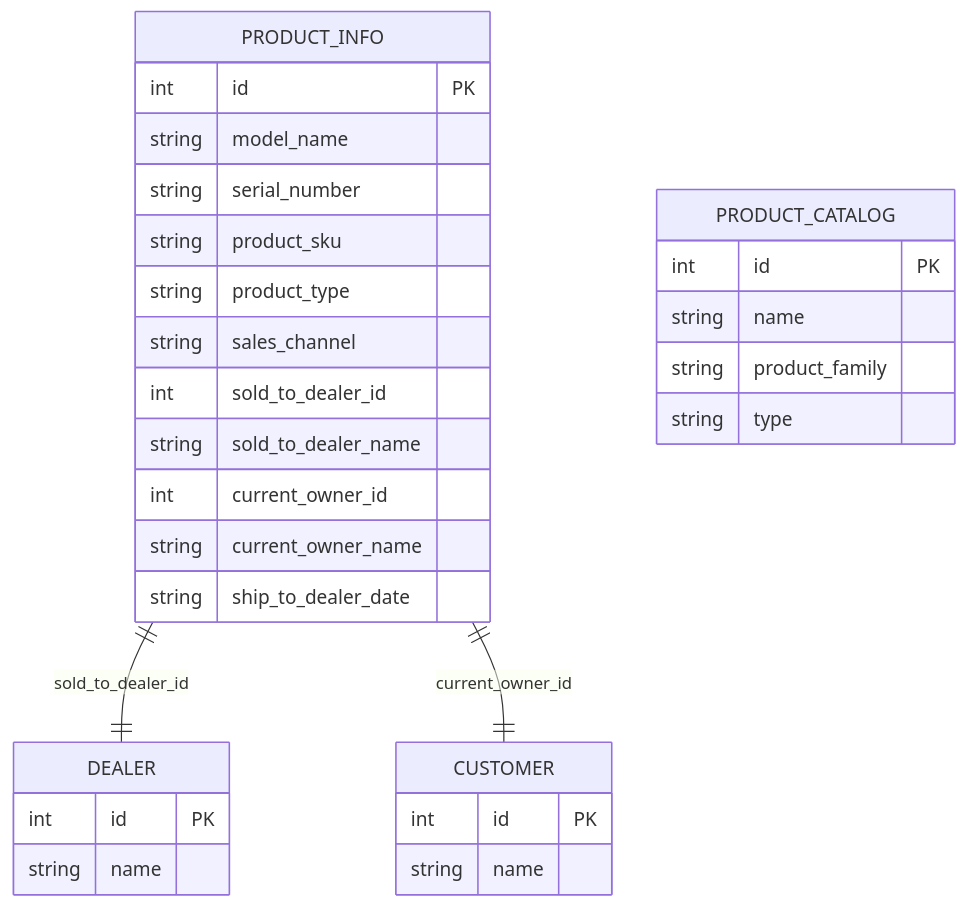
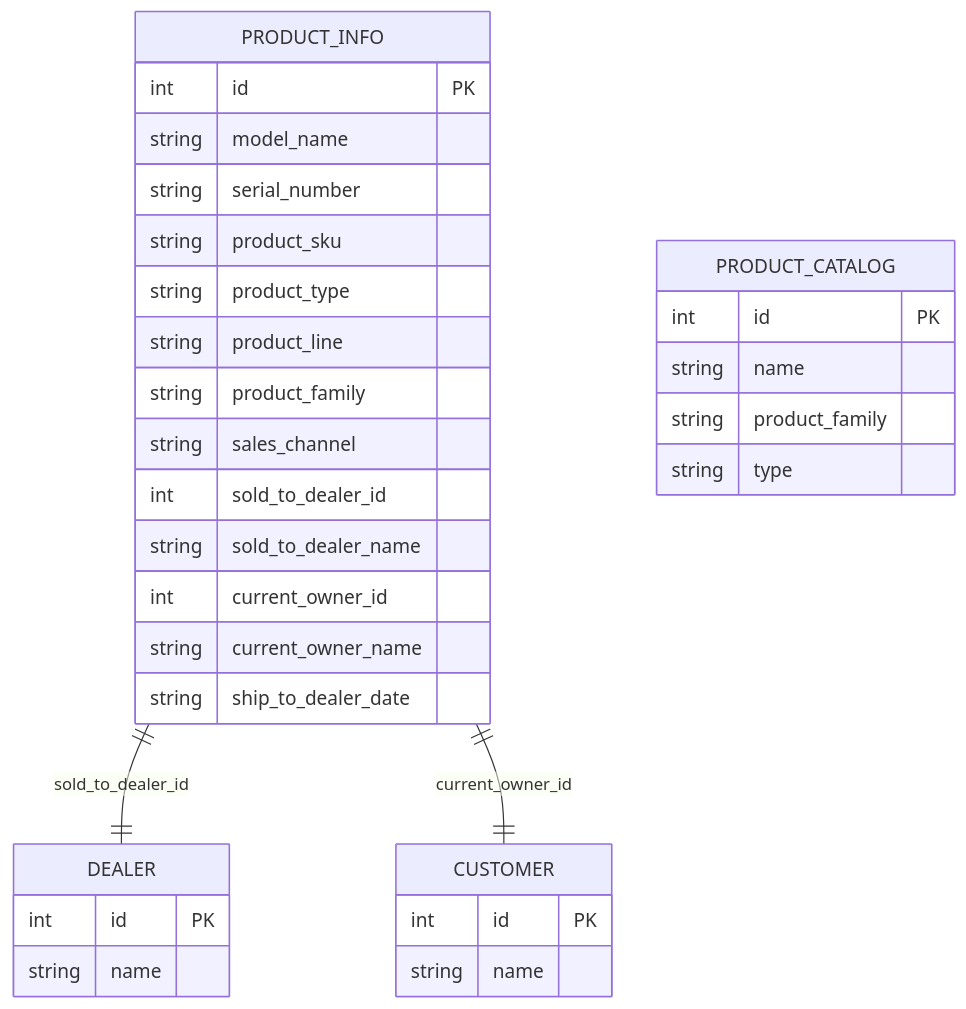
Before and after one commit to CubeEdge/Longhorn: the fourth of 8 diagrams in .qoder/repowiki/zh/content/前端组件架构/保修注册模态框组件.md, drawn with Mermaid. The commit also changed other lines of this file and 3 other files, not shown here.

````diff
--- a/.qoder/repowiki/zh/content/前端组件架构/保修注册模态框组件.md
+++ b/.qoder/repowiki/zh/content/前端组件架构/保修注册模态框组件.md
@@ -148,32 +177,34 @@
 ```mermaid
 erDiagram
 PRODUCT_INFO {
 int id PK
 string model_name
 string serial_number
 string product_sku
 string product_type
+string product_line
+string product_family
 string sales_channel
 int sold_to_dealer_id
 string sold_to_dealer_name
 int current_owner_id
 string current_owner_name
 string ship_to_dealer_date
 }
 DEALER {
 int id PK
 string name
 }
 CUSTOMER {
 int id PK
 string name
 }
 PRODUCT_CATALOG {
 int id PK
 string name
 string product_family
 string type
 }
 PRODUCT_INFO ||--|| DEALER : "sold_to_dealer_id"
 PRODUCT_INFO ||--|| CUSTOMER : "current_owner_id"
 ```
````
